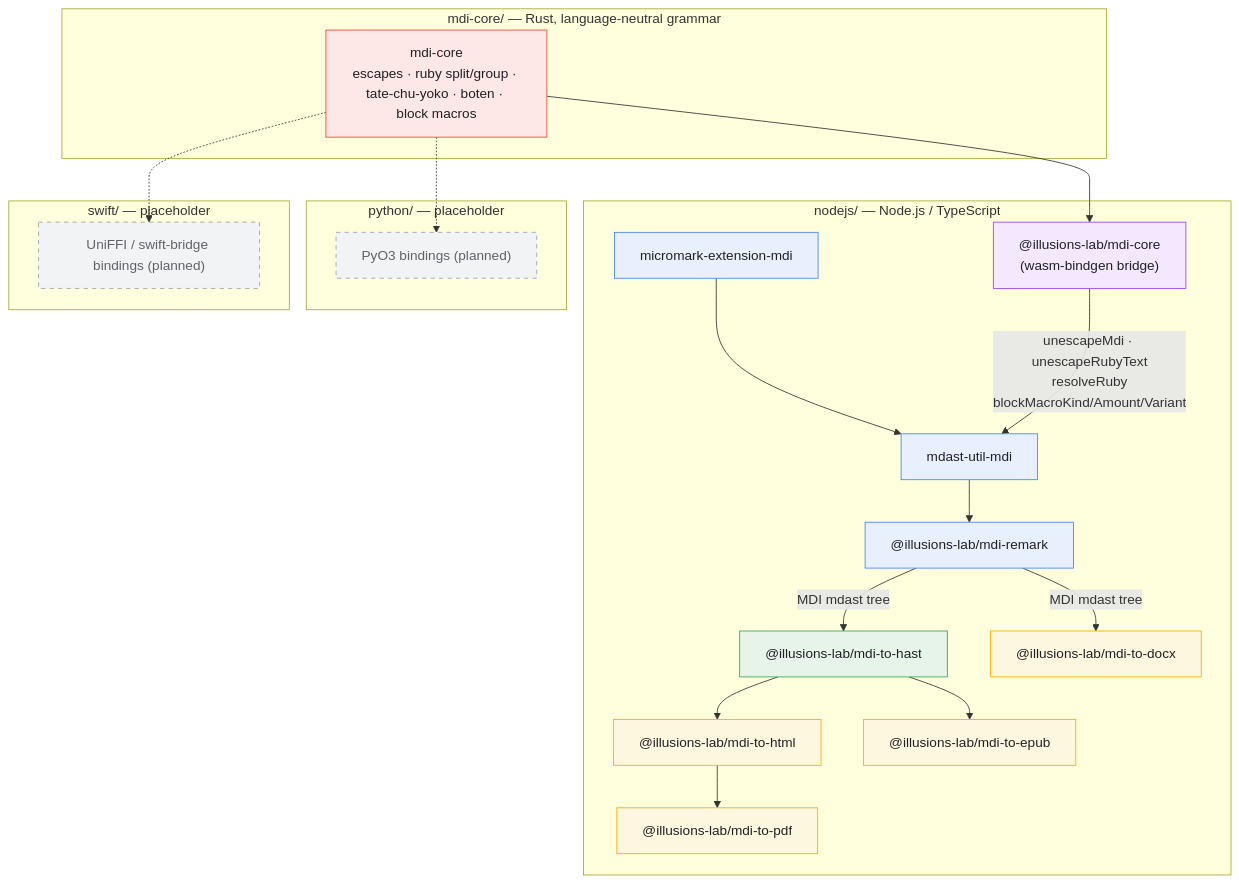
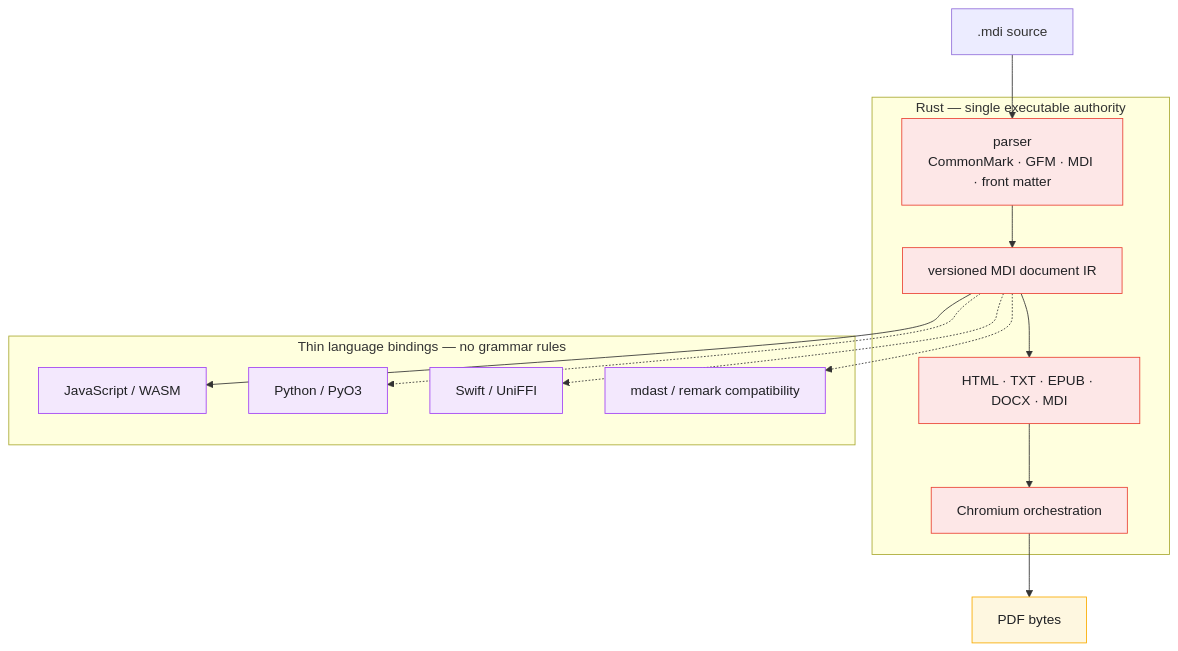
One commit to illusions-lab/mdi-js changed the diagram in README.md. Above: the diagram before and after it, drawn with Mermaid. The commit also changed other lines of this file and 14 other files, not shown here.

Commit message:
Establish Rust-authoritative parser architecture

````diff
--- a/README.md
+++ b/README.md
@@ -55,44 +71,29 @@
 ```mermaid
 flowchart TD
-  subgraph rustCore["mdi-core/ — Rust, language-neutral grammar"]
-    core["mdi-core<br/>escapes · ruby split/group · tate-chu-yoko · boten · block macros"]
+  source[".mdi source"] --> core
+  subgraph rustCore["Rust — single executable authority"]
+    core["parser<br/>CommonMark · GFM · MDI · front matter"] --> ir["versioned MDI document IR"]
+    ir --> renderers["HTML · TXT · EPUB · DOCX · MDI"]
+    renderers --> chromium["Chromium orchestration"]
   end
 
-  subgraph nodejsLayer["nodejs/ — Node.js / TypeScript"]
-    wasmBridge["@illusions-lab/mdi-core<br/>(wasm-bindgen bridge)"]
-    micromark["micromark-extension-mdi"] --> mdastUtil["mdast-util-mdi"]
-    wasmBridge -->|"unescapeMdi · unescapeRubyText<br/>resolveRuby<br/>blockMacroKind/Amount/Variant"| mdastUtil
-    mdastUtil --> remark["@illusions-lab/mdi-remark"]
-
-    remark -->|MDI mdast tree| hast["@illusions-lab/mdi-to-hast"]
-    hast --> html["@illusions-lab/mdi-to-html"]
-    html --> pdf["@illusions-lab/mdi-to-pdf"]
-    hast --> epub["@illusions-lab/mdi-to-epub"]
-    remark -->|MDI mdast tree| docx["@illusions-lab/mdi-to-docx"]
+  subgraph bindings["Thin language bindings — no grammar rules"]
+    js["JavaScript / WASM"]
+    py["Python / PyO3"]
+    swift["Swift / UniFFI"]
+    compat["mdast / remark compatibility"]
   end
 
-  subgraph pythonLayer["python/ — placeholder"]
-    pyBindings["PyO3 bindings (planned)"]
-  end
-
-  subgraph swiftLayer["swift/ — placeholder"]
-    swiftBindings["UniFFI / swift-bridge bindings (planned)"]
-  end
-
-  core --> wasmBridge
-  core -.-> pyBindings
-  core -.-> swiftBindings
+  ir --> js
+  ir -.-> py
+  ir -.-> swift
+  ir -.-> compat
+  chromium --> pdf["PDF bytes"]
 
   classDef rustcore fill:#fde7e7,stroke:#ea4335,color:#202124
-  classDef bridge fill:#f3e8fd,stroke:#a142f4,color:#202124
-  classDef parser fill:#e8f0fe,stroke:#4285f4,color:#202124
-  classDef transform fill:#e6f4ea,stroke:#34a853,color:#202124
-  classDef converter fill:#fef7e0,stroke:#f9ab00,color:#202124
-  classDef placeholder fill:#f1f3f4,stroke:#9aa0a6,color:#5f6368,stroke-dasharray: 5 5
-  class core rustcore
-  class wasmBridge bridge
-  class micromark,mdastUtil,remark parser
-  class hast transform
-  class html,pdf,epub,docx converter
-  class pyBindings,swiftBindings placeholder
+  classDef binding fill:#f3e8fd,stroke:#a142f4,color:#202124
+  classDef output fill:#fef7e0,stroke:#f9ab00,color:#202124
+  class core,ir,renderers,chromium rustcore
+  class js,py,swift,compat binding
+  class pdf output
 ```
````
